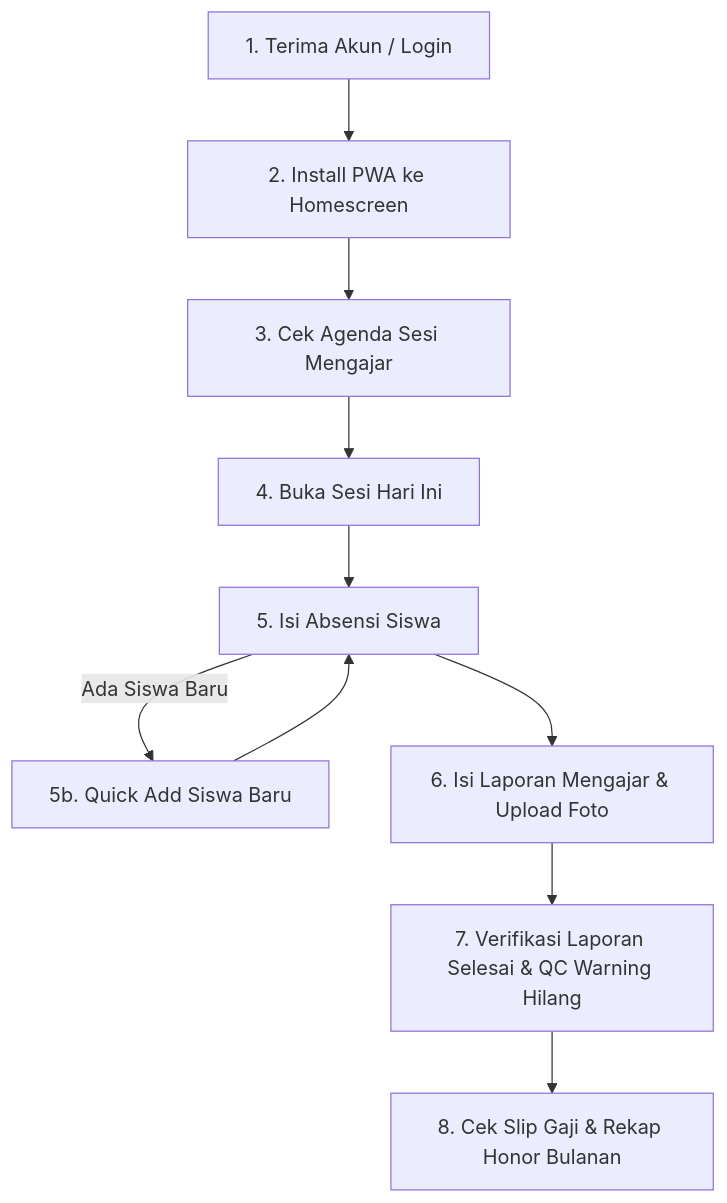
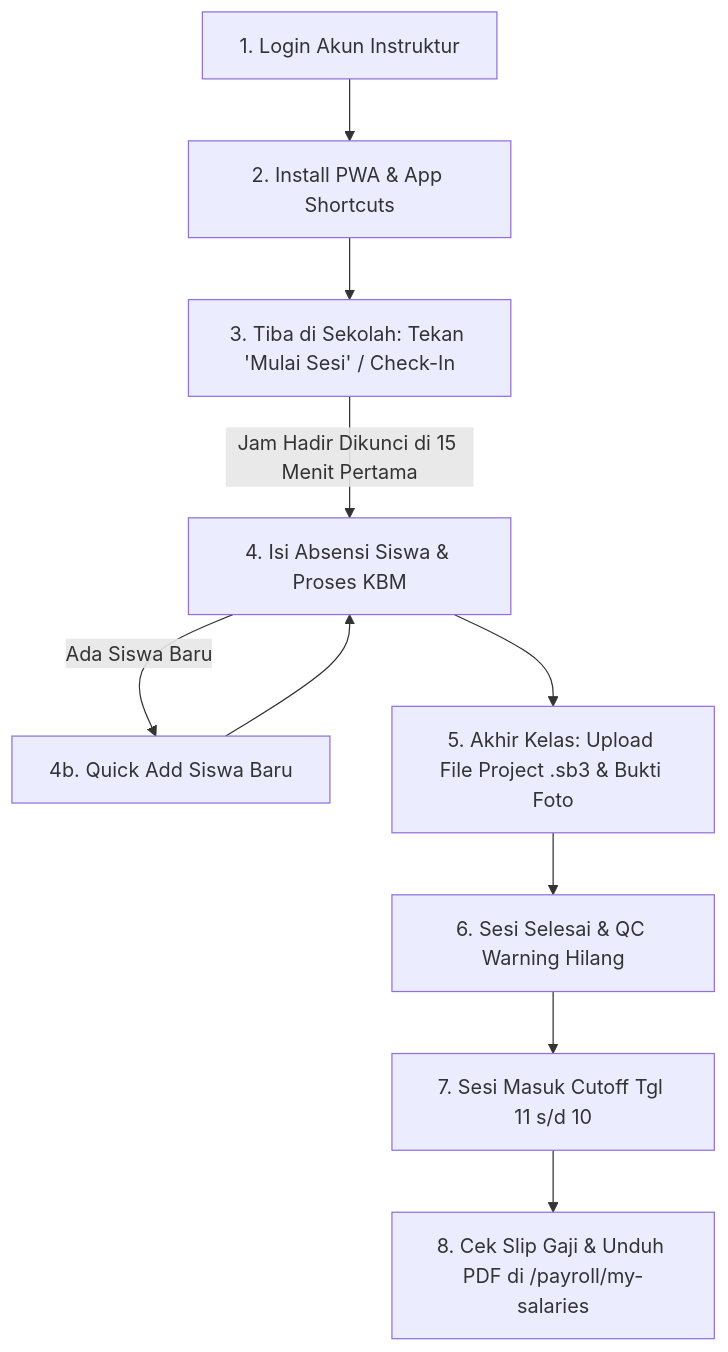
The diagram in docs/testing/UAT_INSTRUKTUR_GUIDE.md (ErlassErlass/erlass.institute), drawn with Mermaid before and after one commit. The commit also changed other lines of this file, not shown here.

Commit message:
docs: update UAT_INSTRUKTUR_GUIDE.md with complete 8-stage instructor workflow from Check-in, Upload Project, Cutoff, to Salary Slip Roll

````diff
--- a/docs/testing/UAT_INSTRUKTUR_GUIDE.md
+++ b/docs/testing/UAT_INSTRUKTUR_GUIDE.md
@@ -39,12 +39,12 @@
 ```mermaid
 graph TD
-    A[1. Terima Akun / Login] --> B[2. Install PWA ke Homescreen]
-    B --> C[3. Cek Agenda Sesi Mengajar]
-    C --> D[4. Buka Sesi Hari Ini]
-    D --> E[5. Isi Absensi Siswa]
-    E -->|Ada Siswa Baru| F[5b. Quick Add Siswa Baru]
-    F --> E
-    E --> G[6. Isi Laporan Mengajar & Upload Foto]
-    G --> H[7. Verifikasi Laporan Selesai & QC Warning Hilang]
-    H --> I[8. Cek Slip Gaji & Rekap Honor Bulanan]
+    A[1. Login Akun Instruktur] --> B[2. Install PWA & App Shortcuts]
+    B --> C[3. Tiba di Sekolah: Tekan 'Mulai Sesi' / Check-In]
+    C -->|Jam Hadir Dikunci di 15 Menit Pertama| D[4. Isi Absensi Siswa & Proses KBM]
+    D -->|Ada Siswa Baru| E[4b. Quick Add Siswa Baru]
+    E --> D
+    D --> F[5. Akhir Kelas: Upload File Project .sb3 & Bukti Foto]
+    F --> G[6. Sesi Selesai & QC Warning Hilang]
+    G --> H[7. Sesi Masuk Cutoff Tgl 11 s/d 10]
+    H --> I[8. Cek Slip Gaji & Unduh PDF di /payroll/my-salaries]
 ```
````
